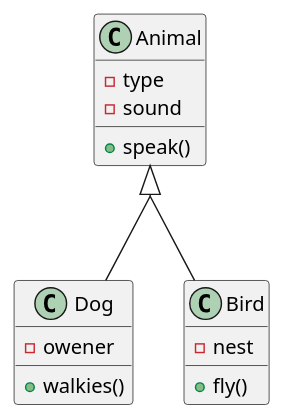
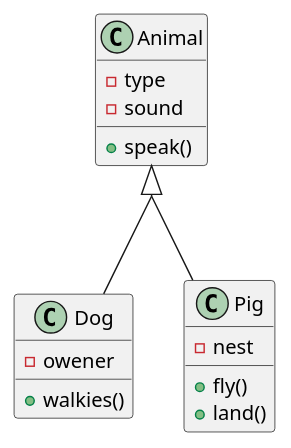
Before and after one commit to CollegePaul/python: the diagram in UML/basicUML.plantuml, drawn with PlantUML. The commit also changed 23 other files, not shown here.

```diff
--- a/UML/basicUML.plantuml
+++ b/UML/basicUML.plantuml
@@ -1,25 +1,26 @@
 @startuml Animals
 skinparam groupInheritance 2
 
 Class Animal {
  -type
  -sound
  +speak()
 }
 
 
 Class Dog {
  -owener
  +walkies()
 }
 
-Class Bird {
+Class Pig {
  -nest
  +fly()
+ +land()
 }
 
 
 Animal <|-- Dog
-Animal <|-- Bird
+Animal <|-- Pig
 
 @enduml
```
